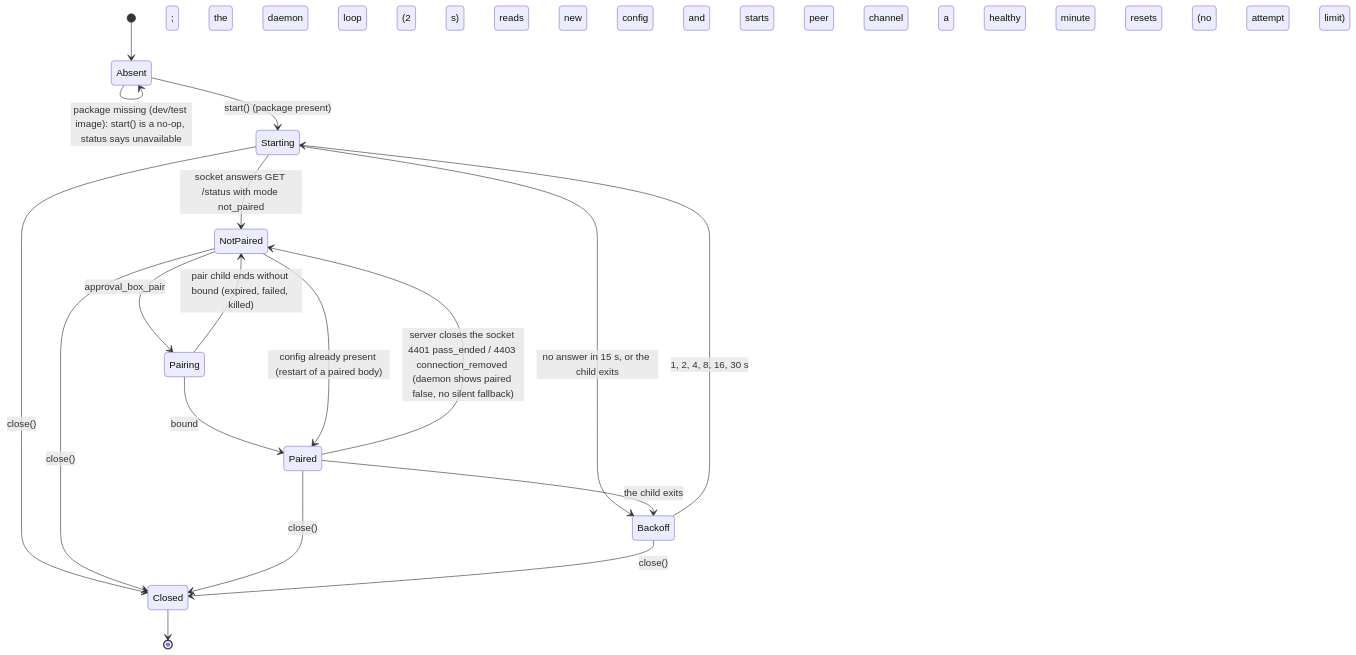
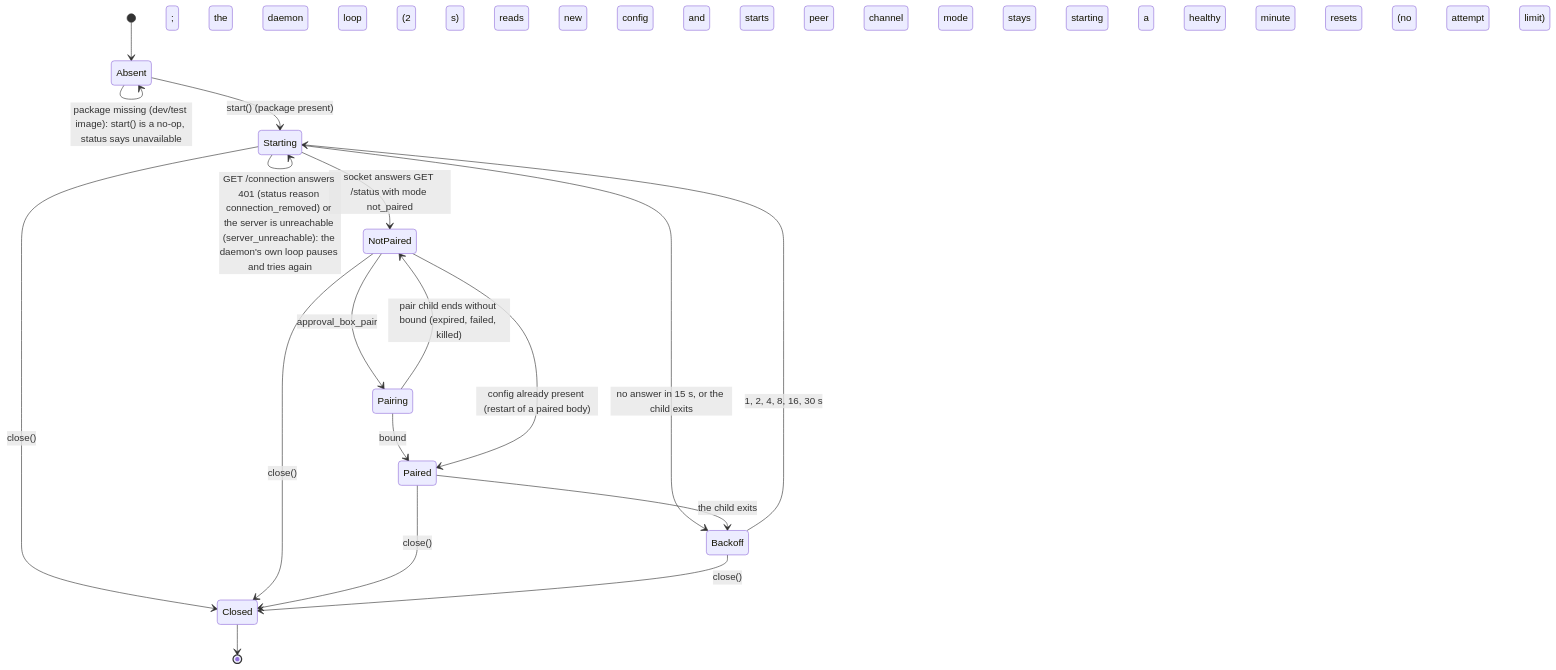
The third of 3 diagrams in docs/architecture/modules/runtime/approval-box-daemon.md (kitepon/BellTeam), drawn with Mermaid before and after one commit. The commit also changed other lines of this file, not shown here.

First line of the commit message:
a490h: approval-box-daemon.md follows the 0.2.0-pc.1 bundle (no 4401/4403 handling after the channel is up; the pair child's own end and the parent's cap)

````diff
--- a/docs/architecture/modules/runtime/approval-box-daemon.md
+++ b/docs/architecture/modules/runtime/approval-box-daemon.md
@@ -58,20 +58,20 @@
 ```mermaid
 stateDiagram-v2
   [*] --> Absent
   Absent --> Starting: start() (package present)
   Absent --> Absent: package missing (dev/test image): start() is a no-op, status says unavailable
   Starting --> NotPaired: socket answers GET /status with mode not_paired
   Starting --> Backoff: no answer in 15 s, or the child exits
   NotPaired --> Pairing: approval_box_pair
   Pairing --> NotPaired: pair child ends without bound (expired, failed, killed)
   Pairing --> Paired: bound; the daemon loop (2 s) reads the new config and starts the peer channel
   NotPaired --> Paired: config already present (restart of a paired body)
   Paired --> Backoff: the child exits
-  Paired --> NotPaired: server closes the socket 4401 pass_ended / 4403 connection_removed (daemon shows paired false, no silent fallback)
+  Starting --> Starting: GET /connection answers 401 (status reason connection_removed) or the server is unreachable (server_unreachable): the daemon's own loop pauses and tries again; mode stays starting
   Backoff --> Starting: 1, 2, 4, 8, 16, 30 s; a healthy minute resets (no attempt limit)
   Starting --> Closed: close()
   NotPaired --> Closed: close()
   Paired --> Closed: close()
   Backoff --> Closed: close()
   Closed --> [*]
 ```
````
